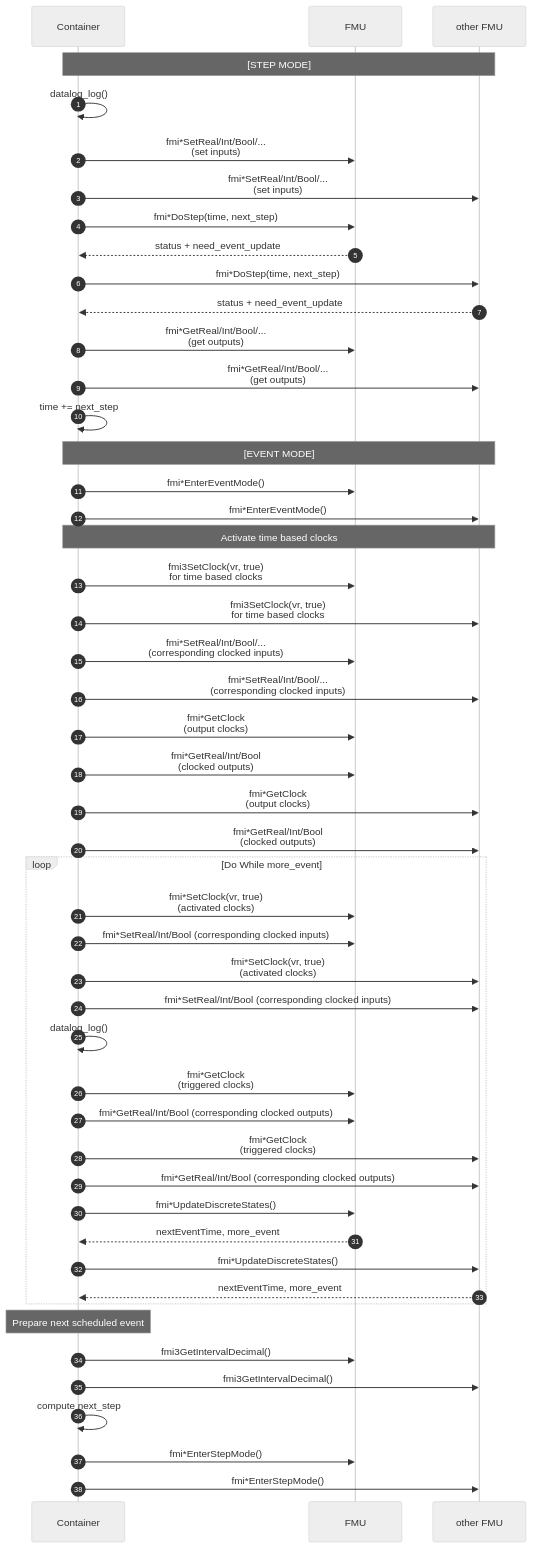
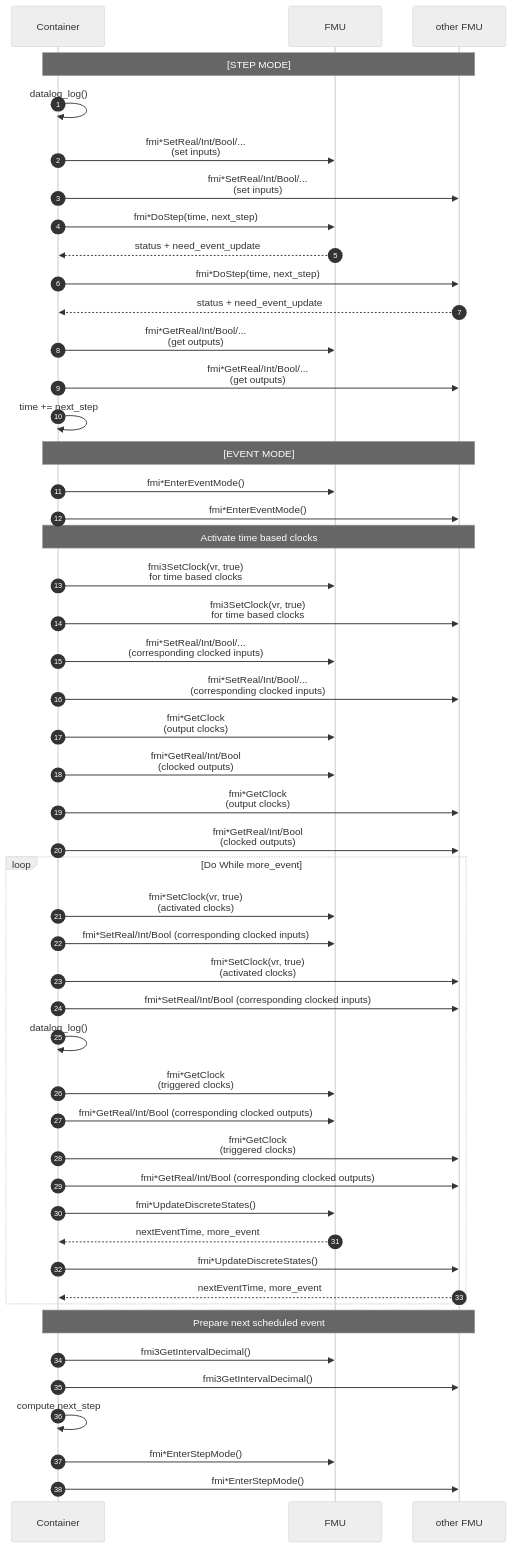
Before and after one commit to grouperenault/fmu_manipulation_toolbox: the diagram in docs/developer/dostep-fmi-sequence.md, drawn with Mermaid (neutral theme).

Commit message:
Cosmetic

````diff
--- a/docs/developer/dostep-fmi-sequence.md
+++ b/docs/developer/dostep-fmi-sequence.md
@@ -14,67 +14,67 @@
 ```mermaid
 sequenceDiagram
    autonumber
     participant C as Container
     participant F1 as FMU #1
     participant F2 as other FMU #2 (… #N)
 
     Note over C, F2: [STEP MODE]
     C->>C: datalog_log()
     C->>F1: fmi*SetReal/Int/Bool/...<br/>(set inputs)
     C->>F2: fmi*SetReal/Int/Bool/...<br/>(set inputs)
 
     C->>F1: fmi*DoStep(time, next_step)
     F1-->>C: status + need_event_update
 
     C->>F2: fmi*DoStep(time, next_step)
     F2-->>C: status + need_event_update
 
     C->>F1: fmi*GetReal/Int/Bool/...<br/>(get outputs)
         C->>F2: fmi*GetReal/Int/Bool/...<br/>(get outputs)
     C->>C: time += next_step
 
     Note over C, F2: [EVENT MODE]    
     C->>F1: fmi*EnterEventMode()
     C->>F2: fmi*EnterEventMode()
 
     Note Over C, F2: Activate time based clocks
     C->>F1: fmi3SetClock(vr, true) <br/>for time based clocks 
     C->>F2: fmi3SetClock(vr, true) <br/>for time based clocks
     
     C->>F1: fmi*SetReal/Int/Bool/...<br/>(corresponding clocked inputs)
     C->>F2: fmi*SetReal/Int/Bool/...<br/>(corresponding clocked inputs)
     
     C->>F1: fmi*GetClock <br/>(output clocks)
     C->>F1: fmi*GetReal/Int/Bool <br/>(clocked outputs)
 
     C->>F2: fmi*GetClock <br/>(output clocks)
     C->>F2: fmi*GetReal/Int/Bool <br/>(clocked outputs)
 
     loop Do While more_event
         C->>F1: fmi*SetClock(vr, true) <br/>(activated clocks)
         C->>F1: fmi*SetReal/Int/Bool (corresponding clocked inputs)
         C->>F2: fmi*SetClock(vr, true) <br/>(activated clocks)
         C->>F2: fmi*SetReal/Int/Bool (corresponding clocked inputs)
 
         C->>C: datalog_log()
 
         C->>F1: fmi*GetClock <br/>(triggered clocks)
         C->>F1: fmi*GetReal/Int/Bool (corresponding clocked outputs)
         C->>F2: fmi*GetClock <br/>(triggered clocks)
         C->>F2: fmi*GetReal/Int/Bool (corresponding clocked outputs)
 
         C->>F1: fmi*UpdateDiscreteStates()
         F1-->>C: nextEventTime, more_event
  
         C->>F2: fmi*UpdateDiscreteStates()
         F2-->>C: nextEventTime, more_event
     end
 
-    Note over C: Prepare next scheduled event
+    Note over C, F2: Prepare next scheduled event
     C->>F1: fmi3GetIntervalDecimal()
     C->>F2: fmi3GetIntervalDecimal()
     C->>C: compute next_step
 
     C->>F1: fmi*EnterStepMode()
     C->>F2: fmi*EnterStepMode()
 ```
````
